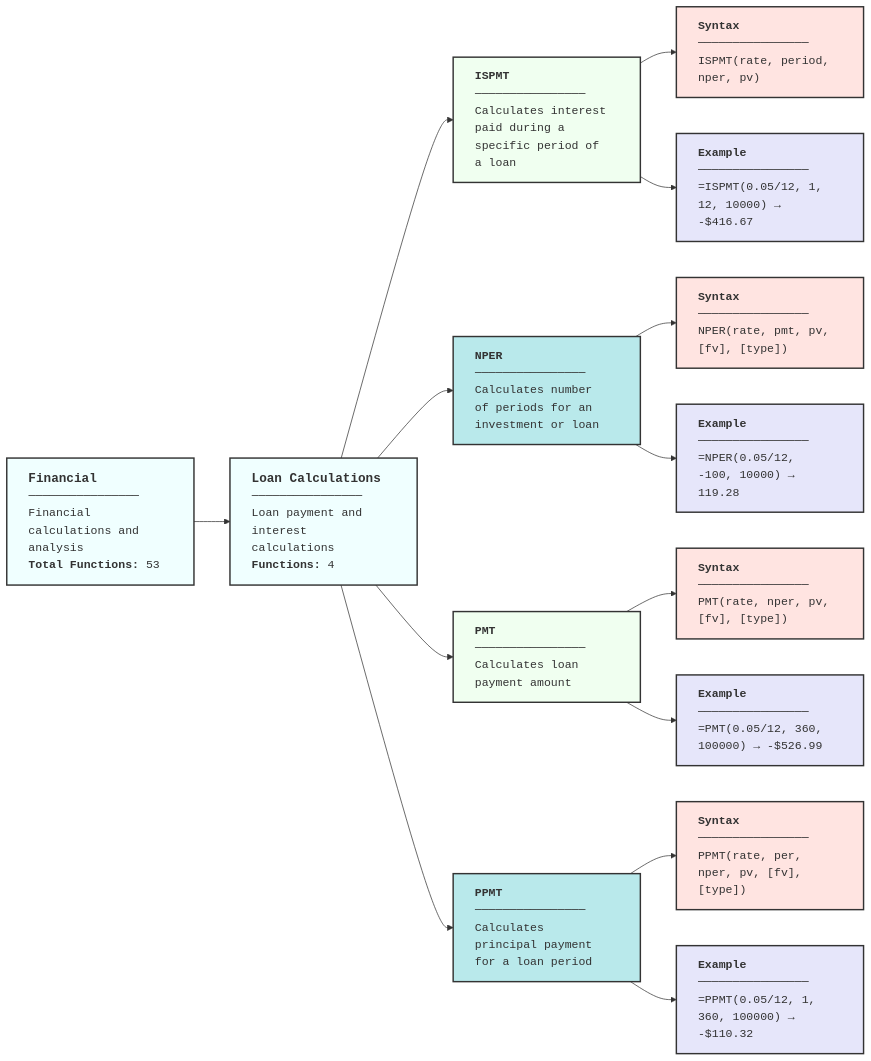
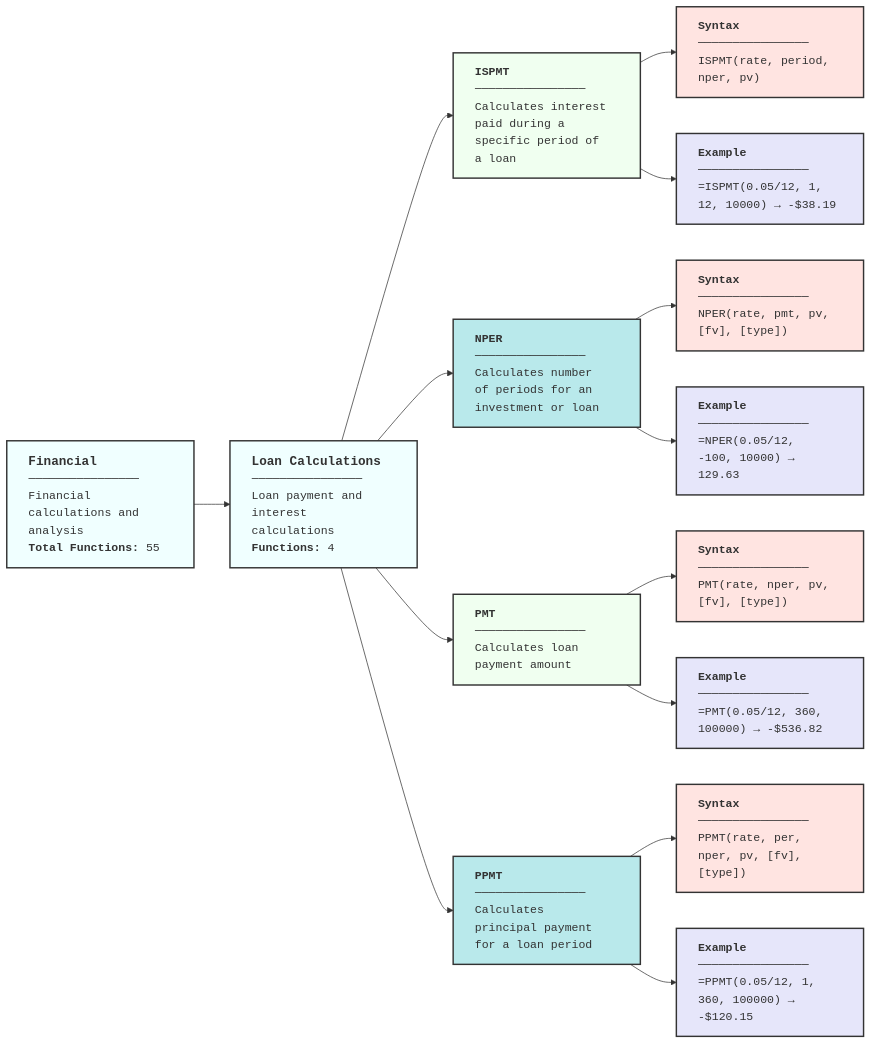
Before and after one commit to klappe-pm/Spreadsheet-Functions: the diagram in Diagrams/Functions-Financial-Loans.md, drawn with Mermaid. The commit also changed other lines of this file and 15 other files, not shown here.

First line of the commit message:
Review Engineering, Financial, Cube and array diagrams

````diff
--- a/Diagrams/Functions-Financial-Loans.md
+++ b/Diagrams/Functions-Financial-Loans.md
@@ -20,49 +29,49 @@
 ```mermaid
 
 graph LR
-    Financial["<div align='left' style='font-family: MonoLisa, monospace;'><b style='font-size: 1.1em;'>Financial</b><br/>────────────────<br/>Financial calculations and analysis<br/><b>Total Functions:</b> 53</div>"]
-    
+    Financial["<div align='left' style='font-family: MonoLisa, monospace;'><b style='font-size: 1.1em;'>Financial</b><br/>────────────────<br/>Financial calculations and analysis<br/><b>Total Functions:</b> 55</div>"]
+
     Financial --> LoanCalc["<div align='left' style='font-family: MonoLisa, monospace;'><b style='font-size: 1.1em;'>Loan Calculations</b><br/>────────────────<br/>Loan payment and interest calculations<br/><b>Functions:</b> 4</div>"]
-    
+
     %% Loan Calculations (4 functions)
-    %% ISPMT - Function 1
+    %% ISPMT: Function 1
     LoanCalc --> ISPMT["<div align='left' style='font-family: MonoLisa, monospace;'><b>ISPMT</b><br/>────────────────<br/>Calculates interest paid during a specific period of a loan</div>"]
     ISPMT --> ISPMTSYNTAX["<div align='left' style='font-family: MonoLisa, monospace;'><b>Syntax</b><br/>────────────────<br/>ISPMT(rate, period, nper, pv)</div>"]
-    ISPMT --> ISPMTEXAMPLE["<div align='left' style='font-family: MonoLisa, monospace;'><b>Example</b><br/>────────────────<br/>=ISPMT(0.05/12, 1, 12, 10000) → -$416.67</div>"]
-    
-    %% NPER - Function 2
+    ISPMT --> ISPMTEXAMPLE["<div align='left' style='font-family: MonoLisa, monospace;'><b>Example</b><br/>────────────────<br/>=ISPMT(0.05/12, 1, 12, 10000) → -$38.19</div>"]
+
+    %% NPER: Function 2
     LoanCalc --> NPER["<div align='left' style='font-family: MonoLisa, monospace;'><b>NPER</b><br/>────────────────<br/>Calculates number of periods for an investment or loan</div>"]
     NPER --> NPERSYNTAX["<div align='left' style='font-family: MonoLisa, monospace;'><b>Syntax</b><br/>────────────────<br/>NPER(rate, pmt, pv, [fv], [type])</div>"]
-    NPER --> NPEREXAMPLE["<div align='left' style='font-family: MonoLisa, monospace;'><b>Example</b><br/>────────────────<br/>=NPER(0.05/12, -100, 10000) → 119.28</div>"]
-    
-    %% PMT - Function 3
+    NPER --> NPEREXAMPLE["<div align='left' style='font-family: MonoLisa, monospace;'><b>Example</b><br/>────────────────<br/>=NPER(0.05/12, -100, 10000) → 129.63</div>"]
+
+    %% PMT: Function 3
     LoanCalc --> PMT["<div align='left' style='font-family: MonoLisa, monospace;'><b>PMT</b><br/>────────────────<br/>Calculates loan payment amount</div>"]
     PMT --> PMTSYNTAX["<div align='left' style='font-family: MonoLisa, monospace;'><b>Syntax</b><br/>────────────────<br/>PMT(rate, nper, pv, [fv], [type])</div>"]
-    PMT --> PMTEXAMPLE["<div align='left' style='font-family: MonoLisa, monospace;'><b>Example</b><br/>────────────────<br/>=PMT(0.05/12, 360, 100000) → -$526.99</div>"]
-    
-    %% PPMT - Function 4
+    PMT --> PMTEXAMPLE["<div align='left' style='font-family: MonoLisa, monospace;'><b>Example</b><br/>────────────────<br/>=PMT(0.05/12, 360, 100000) → -$536.82</div>"]
+
+    %% PPMT: Function 4
     LoanCalc --> PPMT["<div align='left' style='font-family: MonoLisa, monospace;'><b>PPMT</b><br/>────────────────<br/>Calculates principal payment for a loan period</div>"]
     PPMT --> PPMTSYNTAX["<div align='left' style='font-family: MonoLisa, monospace;'><b>Syntax</b><br/>────────────────<br/>PPMT(rate, per, nper, pv, [fv], [type])</div>"]
-    PPMT --> PPMTEXAMPLE["<div align='left' style='font-family: MonoLisa, monospace;'><b>Example</b><br/>────────────────<br/>=PPMT(0.05/12, 1, 360, 100000) → -$110.32</div>"]
-    
+    PPMT --> PPMTEXAMPLE["<div align='left' style='font-family: MonoLisa, monospace;'><b>Example</b><br/>────────────────<br/>=PPMT(0.05/12, 1, 360, 100000) → -$120.15</div>"]
+
     %% Styling
     style Financial fill:#F0FFFF,stroke:#333,stroke-width:2px
     style LoanCalc fill:#F0FFFF,stroke:#333,stroke-width:2px
     %% Functions alternate colors
     style ISPMT fill:#F0FFF0,stroke:#333,stroke-width:2px
     style NPER fill:#B9E9EB,stroke:#333,stroke-width:2px
     style PMT fill:#F0FFF0,stroke:#333,stroke-width:2px
     style PPMT fill:#B9E9EB,stroke:#333,stroke-width:2px
-    %% All syntax nodes - pink
+    %% All syntax nodes: pink
     style ISPMTSYNTAX fill:#FFE4E1,stroke:#333,stroke-width:2px
     style NPERSYNTAX fill:#FFE4E1,stroke:#333,stroke-width:2px
     style PMTSYNTAX fill:#FFE4E1,stroke:#333,stroke-width:2px
     style PPMTSYNTAX fill:#FFE4E1,stroke:#333,stroke-width:2px
-    %% All example nodes - lavender
+    %% All example nodes: lavender
     style ISPMTEXAMPLE fill:#E6E6FA,stroke:#333,stroke-width:2px
     style NPEREXAMPLE fill:#E6E6FA,stroke:#333,stroke-width:2px
     style PMTEXAMPLE fill:#E6E6FA,stroke:#333,stroke-width:2px
     style PPMTEXAMPLE fill:#E6E6FA,stroke:#333,stroke-width:2px
-    
-    
+
+
 ```
````
